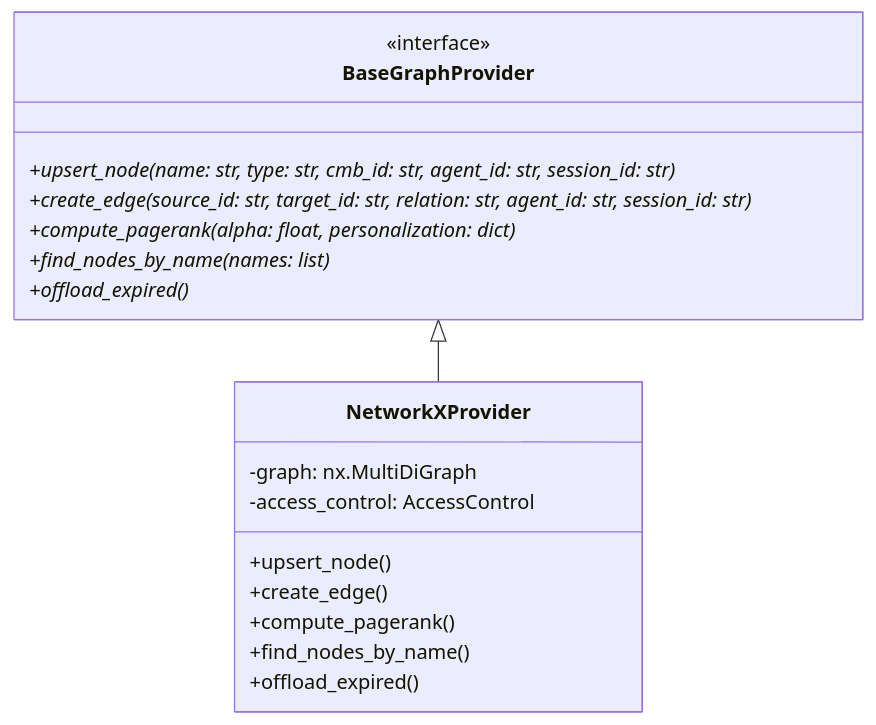
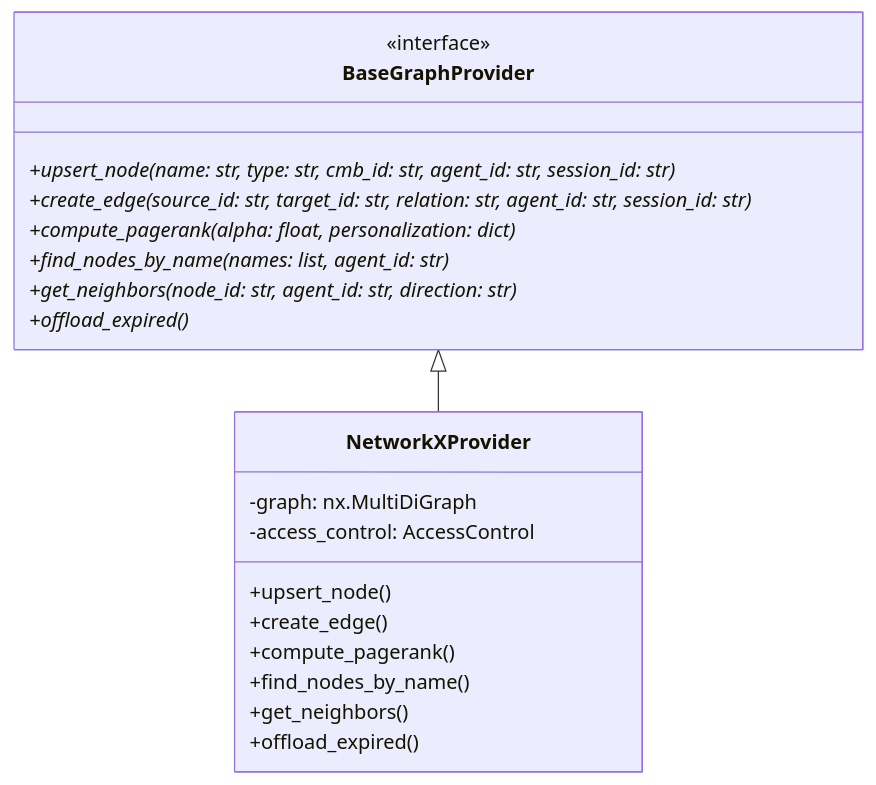
One commit to Yasou13/MESA changed the first of 5 diagrams in ARCHITECTURE.md. Above: the diagram before and after it, drawn with Mermaid. The commit also changed other lines of this file and 39 other files, not shown here.

````diff
--- a/ARCHITECTURE.md
+++ b/ARCHITECTURE.md
@@ -18,23 +20,25 @@
 ```mermaid
 classDiagram
     class BaseGraphProvider {
         <<interface>>
         +upsert_node(name: str, type: str, cmb_id: str, agent_id: str, session_id: str)*
         +create_edge(source_id: str, target_id: str, relation: str, agent_id: str, session_id: str)*
         +compute_pagerank(alpha: float, personalization: dict)*
-        +find_nodes_by_name(names: list)*
+        +find_nodes_by_name(names: list, agent_id: str)*
+        +get_neighbors(node_id: str, agent_id: str, direction: str)*
         +offload_expired()*
     }
 
     class NetworkXProvider {
         -graph: nx.MultiDiGraph
         -access_control: AccessControl
         +upsert_node()
         +create_edge()
         +compute_pagerank()
         +find_nodes_by_name()
+        +get_neighbors()
         +offload_expired()
     }
 
     BaseGraphProvider <|-- NetworkXProvider
 ```
````
